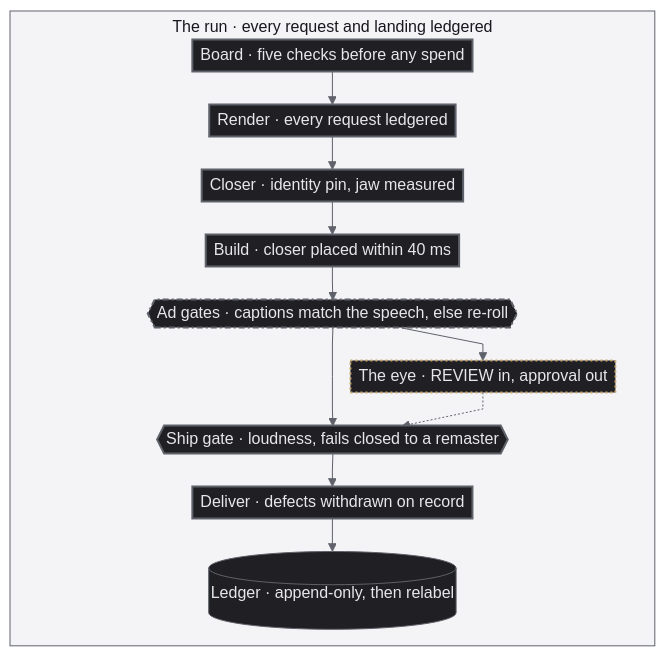
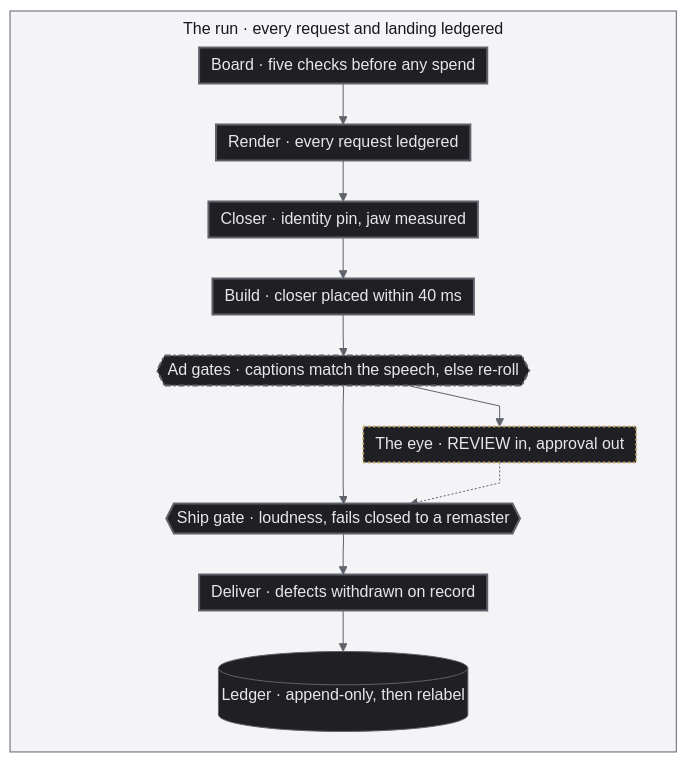
Before and after one commit to jameswniu/ad-creative-pipeline-multimodal-evals: the diagram in README.md, drawn with Mermaid.

Commit message:
Give the graph a little air back

````diff
--- a/README.md
+++ b/README.md
@@ -321,30 +321,30 @@
 ```mermaid
-%%{init: {'flowchart': {'curve': 'linear', 'nodeSpacing': 16, 'rankSpacing': 8, 'padding': 4, 'diagramPadding': 2, 'wrappingWidth': 520, 'subGraphTitleMargin': {'top': 4, 'bottom': 8}}, 'themeVariables': {'fontSize': '16px', 'lineColor': '#5f626a', 'edgeLabelBackground': '#ffffff', 'clusterBkg': '#f4f4f7', 'clusterBorder': '#5f626a', 'titleColor': '#18181c'}}}%%
+%%{init: {'flowchart': {'curve': 'linear', 'nodeSpacing': 20, 'rankSpacing': 16, 'padding': 6, 'diagramPadding': 2, 'wrappingWidth': 520, 'subGraphTitleMargin': {'top': 6, 'bottom': 10}}, 'themeVariables': {'fontSize': '16px', 'lineColor': '#5f626a', 'edgeLabelBackground': '#ffffff', 'clusterBkg': '#f4f4f7', 'clusterBorder': '#5f626a', 'titleColor': '#18181c'}}}%%
 flowchart TD
     subgraph RUN["The run · every request and landing ledgered"]
         direction TB
         AG{{"Ad gates · captions match the speech, else re-roll"}}
         %% GH is an invisible twin of the eye, it balances the spine so the steps stay in one column
         AG ~~~ GH["The eye · REVIEW in, approval out"]
         GH ~~~ SG
         B["Board · five checks before any spend"] --> R["Render · every request ledgered"] --> C["Closer · identity pin, jaw measured"] --> BU["Build · closer placed within 40 ms"] --> AG --> SG{{"Ship gate · loudness, fails closed to a remaster"}} --> D["Deliver · defects withdrawn on record"]
         D --> L[("Ledger · append-only, then relabel")]
         AG --> EYE["The eye · REVIEW in, approval out"]
         EYE -.-> SG
     end
 
     classDef run fill:#202024,stroke:#5f626a,color:#e6e6ec
     classDef process fill:#202024,stroke:#5f626a,stroke-width:2px,color:#e6e6ec
     classDef outcome fill:#202024,stroke:#5f626a,stroke-width:2px,stroke-dasharray:6 3,color:#e6e6ec
     classDef quality fill:#202024,stroke:#c9a86a,stroke-width:2px,stroke-dasharray:2 3,color:#e6e6ec
     classDef shared fill:#202024,stroke:#5f626a,stroke-width:2px,stroke-dasharray:6 3 2 3,color:#e6e6ec
     classDef ghost fill:none,stroke:none,color:transparent
     class L run
     class B,R,C,BU,SG,D process
     class AG outcome
     class AG quality
     class AG shared
     class EYE quality
     class GH ghost
     style RUN fill:#f4f4f7,stroke:#5f626a,color:#18181c
 ```
````
